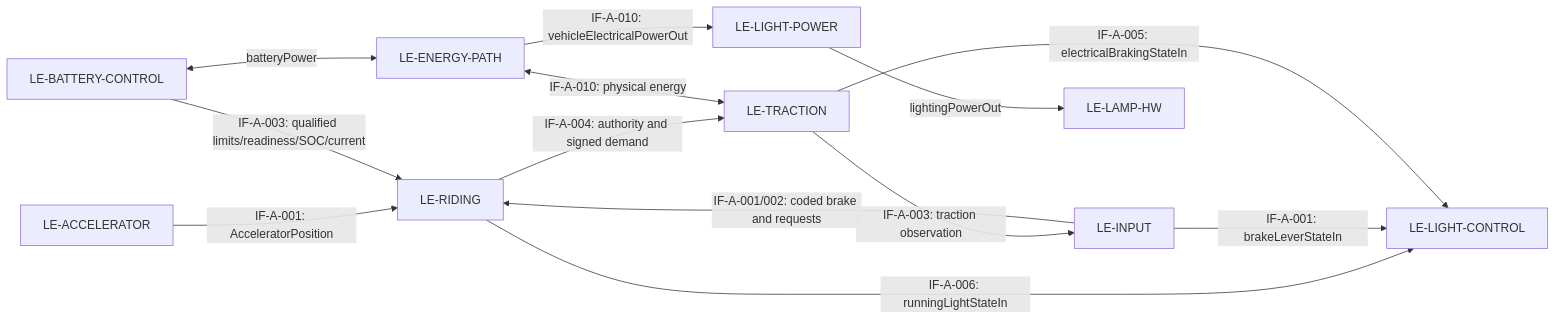
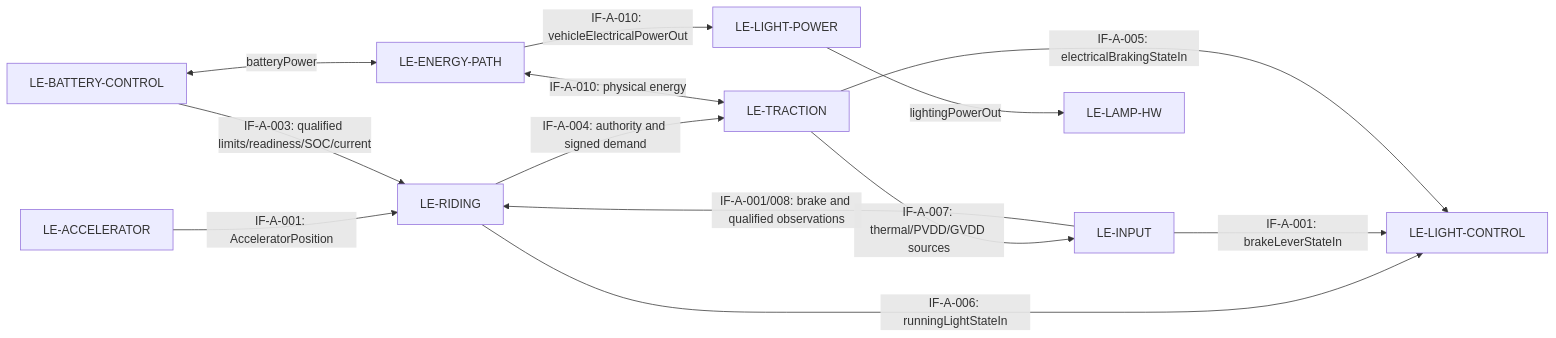
The second of 2 diagrams in .devenv/Architecture/SystemArchitecture/ARCH-001_System_Architecture.md (dhellhake/X2CityMCU), drawn with Mermaid before and after one commit. The commit also changed other lines of this file and 69 other files, not shown here.

````diff
--- a/.devenv/Architecture/SystemArchitecture/ARCH-001_System_Architecture.md
+++ b/.devenv/Architecture/SystemArchitecture/ARCH-001_System_Architecture.md
@@ -97,15 +103,15 @@
 ```mermaid
 flowchart LR
     Accelerator["LE-ACCELERATOR"] -->|"IF-A-001: AcceleratorPosition"| Riding["LE-RIDING"]
-    Input["LE-INPUT"] -->|"IF-A-001/002: coded brake and requests"| Riding
+    Input["LE-INPUT"] -->|"IF-A-001/008: brake and qualified observations"| Riding
     Riding -->|"IF-A-004: authority and signed demand"| Drive["LE-TRACTION"]
-    Drive -->|"IF-A-003: traction observation"| Input
+    Drive -->|"IF-A-007: thermal/PVDD/GVDD sources"| Input
     BatteryControl["LE-BATTERY-CONTROL"] -->|"IF-A-003: qualified limits/readiness/SOC/current"| Riding
     BatteryControl <-->|"batteryPower"| EnergyPath["LE-ENERGY-PATH"]
     EnergyPath <-->|"IF-A-010: physical energy"| Drive
     Riding -->|"IF-A-006: runningLightStateIn"| LightControl["LE-LIGHT-CONTROL"]
     Input -->|"IF-A-001: brakeLeverStateIn"| LightControl
     Drive -->|"IF-A-005: electricalBrakingStateIn"| LightControl
     EnergyPath -->|"IF-A-010: vehicleElectricalPowerOut"| LightPower["LE-LIGHT-POWER"]
     LightPower -->|"lightingPowerOut"| LightActuation["LE-LAMP-HW"]
 ```
````
